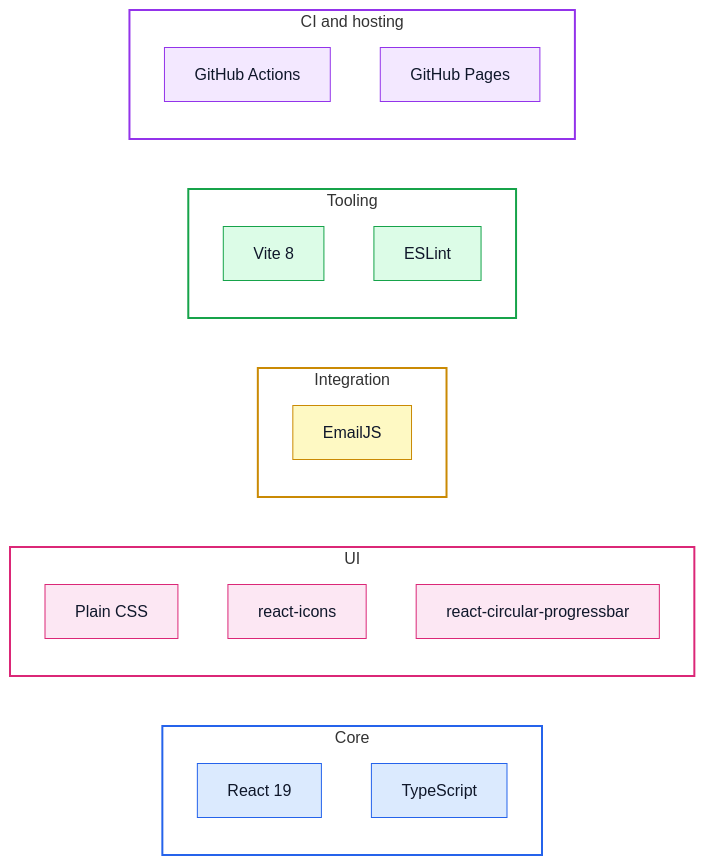
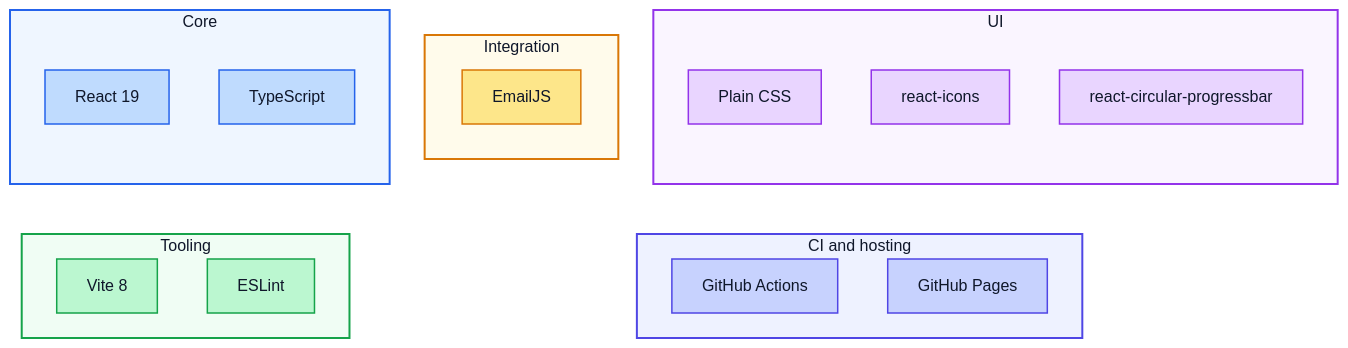
Before and after one commit to Aniruddha-25/Portfolio: the first of 3 diagrams in README.md, drawn with Mermaid. The commit also changed other lines of this file, not shown here.

````diff
--- a/README.md
+++ b/README.md
@@ -33,45 +33,48 @@
 ```mermaid
-flowchart LR
-    subgraph CORE["Core"]
-        REACT["React 19"]
-        TS["TypeScript"]
+flowchart TB
+    subgraph CICD["CI and hosting"]
+        ACTIONS["GitHub Actions"]
+        PAGES["GitHub Pages"]
+    end
+
+    subgraph TOOLING["Tooling"]
+        VITE["Vite 8"]
+        ESLINT["ESLint"]
+    end
+
+    subgraph INTEG["Integration"]
+        EMAIL["EmailJS"]
     end
 
     subgraph UI["UI"]
         CSS["Plain CSS"]
         ICONS["react-icons"]
         PROG["react-circular-progressbar"]
     end
 
-    subgraph INTEG["Integration"]
-        EMAIL["EmailJS"]
+    subgraph CORE["Core"]
+        REACT["React 19"]
+        TS["TypeScript"]
     end
 
-    subgraph TOOLING["Tooling"]
-        VITE["Vite 8"]
-        ESLINT["ESLint"]
-    end
+    REACT ~~~ VITE
+    CSS ~~~ ACTIONS
 
-    subgraph CICD["CI and hosting"]
-        ACTIONS["GitHub Actions"]
-        PAGES["GitHub Pages"]
-    end
-
-    classDef core fill:#dbeafe,stroke:#2563eb,color:#0f172a
-    classDef ui fill:#fce7f3,stroke:#db2777,color:#0f172a
-    classDef integ fill:#fef9c3,stroke:#ca8a04,color:#0f172a
-    classDef tool fill:#dcfce7,stroke:#16a34a,color:#0f172a
-    classDef cicd fill:#f3e8ff,stroke:#9333ea,color:#0f172a
+    classDef core fill:#bfdbfe,stroke:#2563eb,stroke-width:1.5px,color:#0f172a
+    classDef ui fill:#e9d5ff,stroke:#9333ea,stroke-width:1.5px,color:#0f172a
+    classDef integ fill:#fde68a,stroke:#d97706,stroke-width:1.5px,color:#0f172a
+    classDef tool fill:#bbf7d0,stroke:#16a34a,stroke-width:1.5px,color:#0f172a
+    classDef cicd fill:#c7d2fe,stroke:#4f46e5,stroke-width:1.5px,color:#0f172a
 
     class REACT,TS core
     class CSS,ICONS,PROG ui
     class EMAIL integ
     class VITE,ESLINT tool
     class ACTIONS,PAGES cicd
 
-    style CORE fill:transparent,stroke:#2563eb,stroke-width:2px
-    style UI fill:transparent,stroke:#db2777,stroke-width:2px
-    style INTEG fill:transparent,stroke:#ca8a04,stroke-width:2px
-    style TOOLING fill:transparent,stroke:#16a34a,stroke-width:2px
-    style CICD fill:transparent,stroke:#9333ea,stroke-width:2px
+    style CORE fill:#eff6ff,stroke:#2563eb,stroke-width:2px,color:#0f172a
+    style UI fill:#faf5ff,stroke:#9333ea,stroke-width:2px,color:#0f172a
+    style INTEG fill:#fffbeb,stroke:#d97706,stroke-width:2px,color:#0f172a
+    style TOOLING fill:#f0fdf4,stroke:#16a34a,stroke-width:2px,color:#0f172a
+    style CICD fill:#eef2ff,stroke:#4f46e5,stroke-width:2px,color:#0f172a
 ```
````
